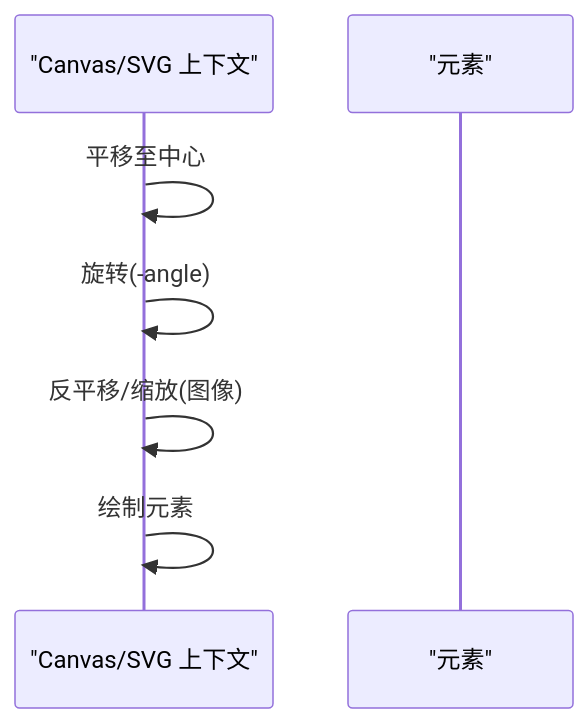
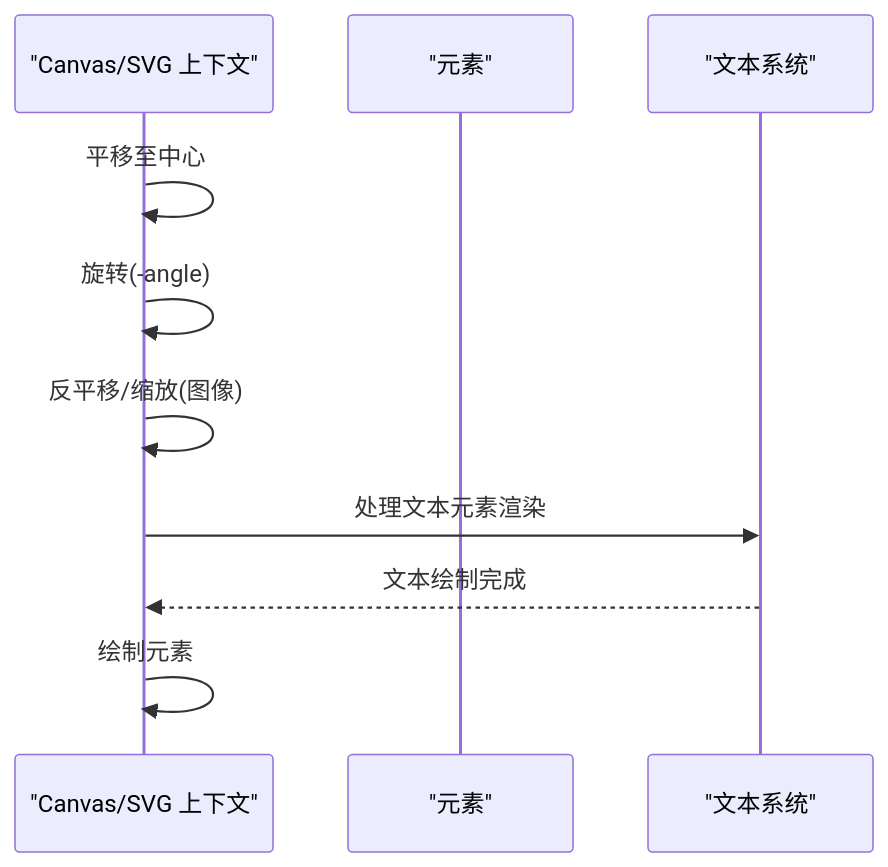
Before and after one commit to Az-qianchen/Excalidraw: the sixth of 10 diagrams in .qoder/repowiki/zh/content/元素系统/元素变换系统.md, drawn with Mermaid. The commit also changed other lines of this file and 14 other files, not shown here.

````diff
--- a/.qoder/repowiki/zh/content/元素系统/元素变换系统.md
+++ b/.qoder/repowiki/zh/content/元素系统/元素变换系统.md
@@ -240,9 +260,12 @@
 ```mermaid
 sequenceDiagram
 participant Ctx as "Canvas/SVG 上下文"
 participant Elem as "元素"
+participant TextSys as "文本系统"
 Ctx->>Ctx : 平移至中心
 Ctx->>Ctx : 旋转(-angle)
 Ctx->>Ctx : 反平移/缩放(图像)
+Ctx->>TextSys : 处理文本元素渲染
+TextSys-->>Ctx : 文本绘制完成
 Ctx->>Ctx : 绘制元素
 ```
````
